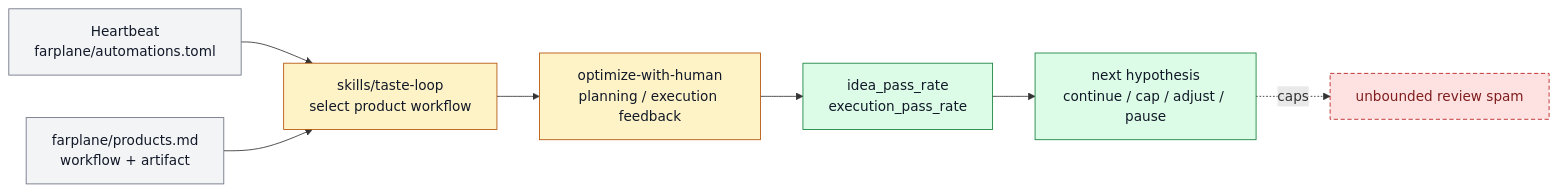
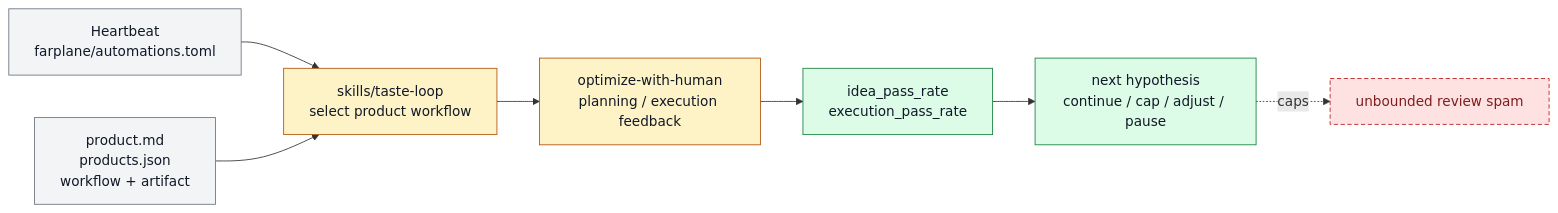
The diagram in docs/features/FEAT-0069-taste-loop-human-feedback-optimization.md (ZanarkandTechnologies/Farplane), drawn with Mermaid before and after one commit. The commit also changed other lines of this file and 62 other files, not shown here.

````diff
--- a/docs/features/FEAT-0069-taste-loop-human-feedback-optimization.md
+++ b/docs/features/FEAT-0069-taste-loop-human-feedback-optimization.md
@@ -109,22 +116,22 @@
 ```mermaid
 flowchart LR
   classDef keep fill:#f3f4f6,stroke:#6b7280,color:#111827
   classDef changed fill:#fef3c7,stroke:#b45309,color:#111827
   classDef added fill:#dcfce7,stroke:#15803d,color:#111827
   classDef retired fill:#fee2e2,stroke:#b91c1c,color:#7f1d1d,stroke-dasharray: 5 3
 
   heartbeat["Heartbeat<br/>farplane/automations.toml"]:::keep
   taste["skills/taste-loop<br/>select product workflow"]:::changed
-  product["farplane/products.md<br/>workflow + artifact"]:::keep
+  product["product.md<br/>products.json<br/>workflow + artifact"]:::keep
   optimize["optimize-with-human<br/>planning / execution feedback"]:::changed
   pass["idea_pass_rate<br/>execution_pass_rate"]:::added
   next["next hypothesis<br/>continue / cap / adjust / pause"]:::added
   spam["unbounded review spam"]:::retired
 
   heartbeat --> taste
   product --> taste
   taste --> optimize
   optimize --> pass
   pass --> next
   next -. caps .-> spam
 ```
````
